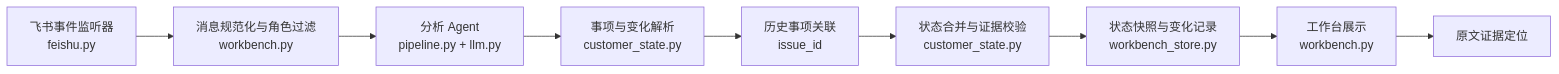
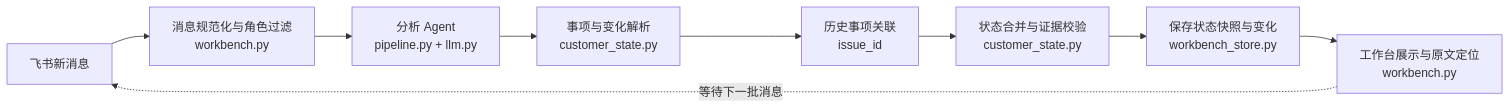
Before and after one commit to sheily899/feishu-sales-dealtrace: the diagram in README.zh-CN.md, drawn with Mermaid. The commit also changed other lines of this file and 1 other file, not shown here.

````diff
--- a/README.zh-CN.md
+++ b/README.zh-CN.md
@@ -30,11 +30,11 @@
 ```mermaid
 flowchart LR
-    A[飞书事件监听器\nfeishu.py] --> B[消息规范化与角色过滤\nworkbench.py]
+    A[飞书新消息] --> B[消息规范化与角色过滤\nworkbench.py]
     B --> C[分析 Agent\npipeline.py + llm.py]
     C --> D[事项与变化解析\ncustomer_state.py]
     D --> E[历史事项关联\nissue_id]
     E --> F[状态合并与证据校验\ncustomer_state.py]
-    F --> G[状态快照与变化记录\nworkbench_store.py]
-    G --> H[工作台展示\nworkbench.py]
-    H --> I[原文证据定位]
+    F --> G[保存状态快照与变化\nworkbench_store.py]
+    G --> H[工作台展示与原文定位\nworkbench.py]
+    H -. 等待下一批消息 .-> A
 ```
````
